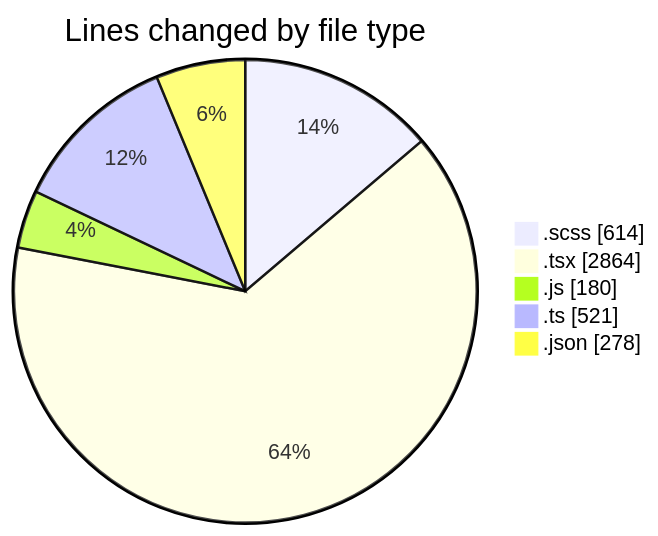
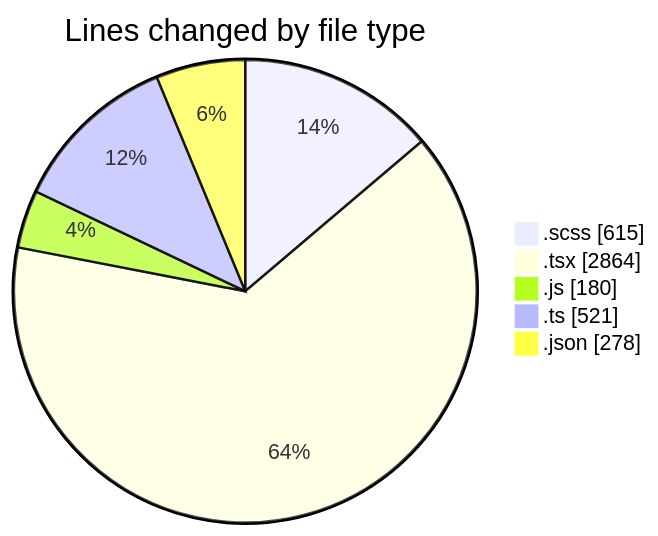
Before and after one commit to momahboobian/code-tracking: the first of 2 diagrams in 2026-08-10/cda/README.md, drawn with Mermaid. The commit also changed other lines of this file and 1 other file, not shown here.

````diff
--- a/2026-08-10/cda/README.md
+++ b/2026-08-10/cda/README.md
@@ -32,9 +32,9 @@
 ```mermaid
 pie showData
 title Lines changed by file type
-".scss" : 614
+".scss" : 615
 ".tsx" : 2864
 ".js" : 180
 ".ts" : 521
 ".json" : 278
 ```
````
